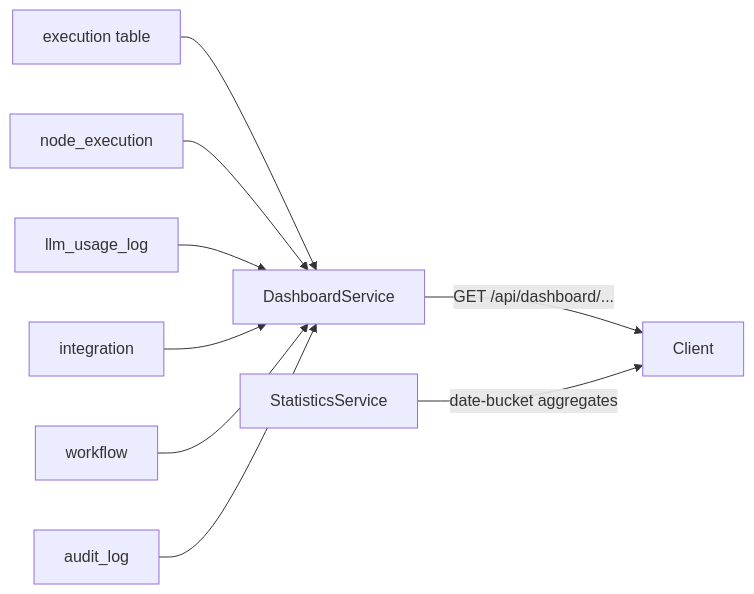
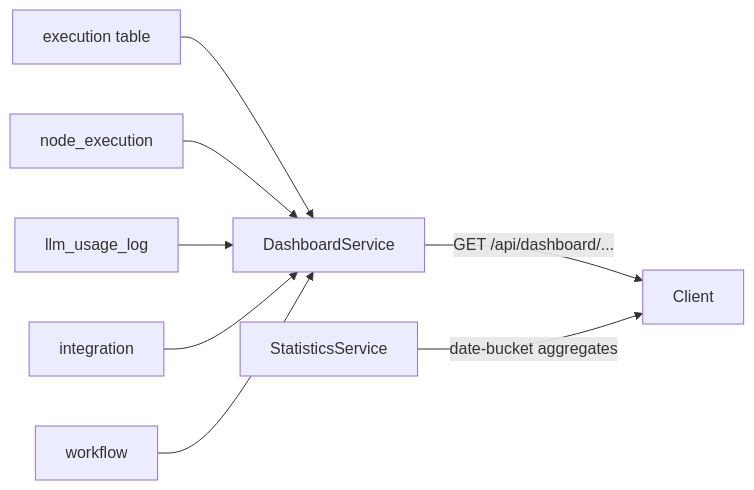
The second of 4 diagrams in spec/data-flow/9-observability.md (worker-ants/clemvion), drawn with Mermaid before and after one commit. The commit also changed other lines of this file and 186 other files, not shown here.

````diff
--- a/spec/data-flow/9-observability.md
+++ b/spec/data-flow/9-observability.md
@@ -53,11 +54,10 @@
 ```mermaid
 flowchart LR
   EX[execution table] --> DBS[DashboardService]
   NX[node_execution] --> DBS
   LUL[llm_usage_log] --> DBS
   INT[integration] --> DBS
   WF[workflow] --> DBS
-  AR[audit_log] --> DBS
   DBS -->|GET /api/dashboard/...| Client
   STATS[StatisticsService] -->|date-bucket aggregates| Client
 ```
````
